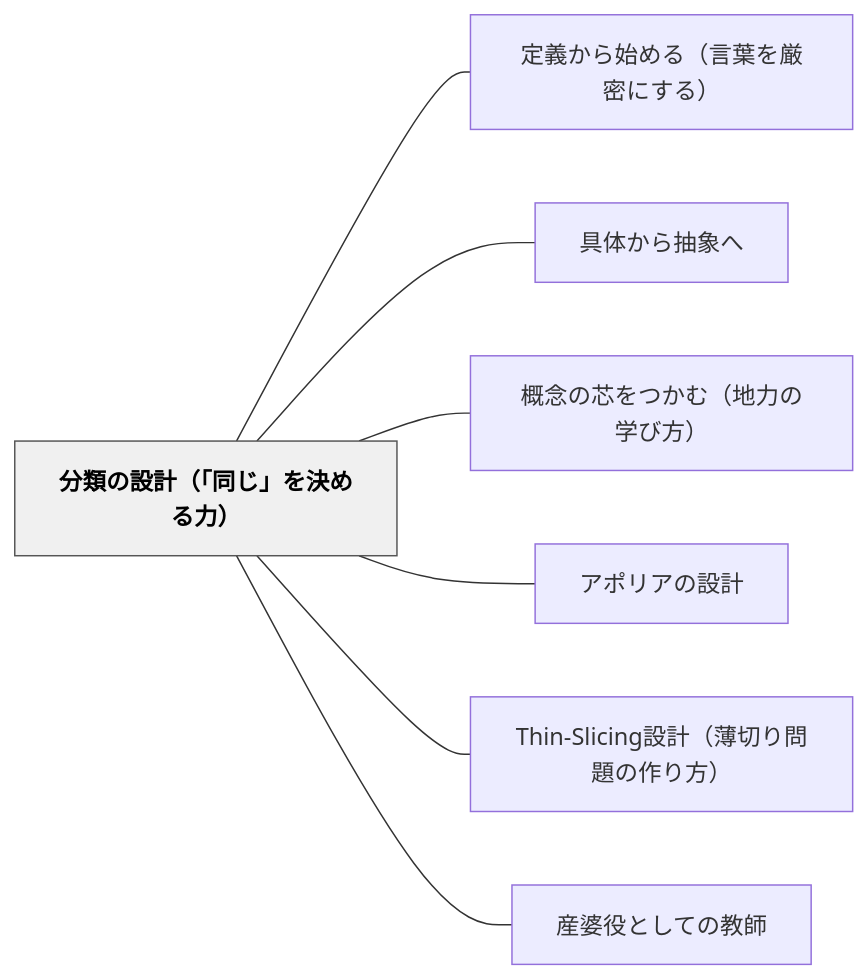
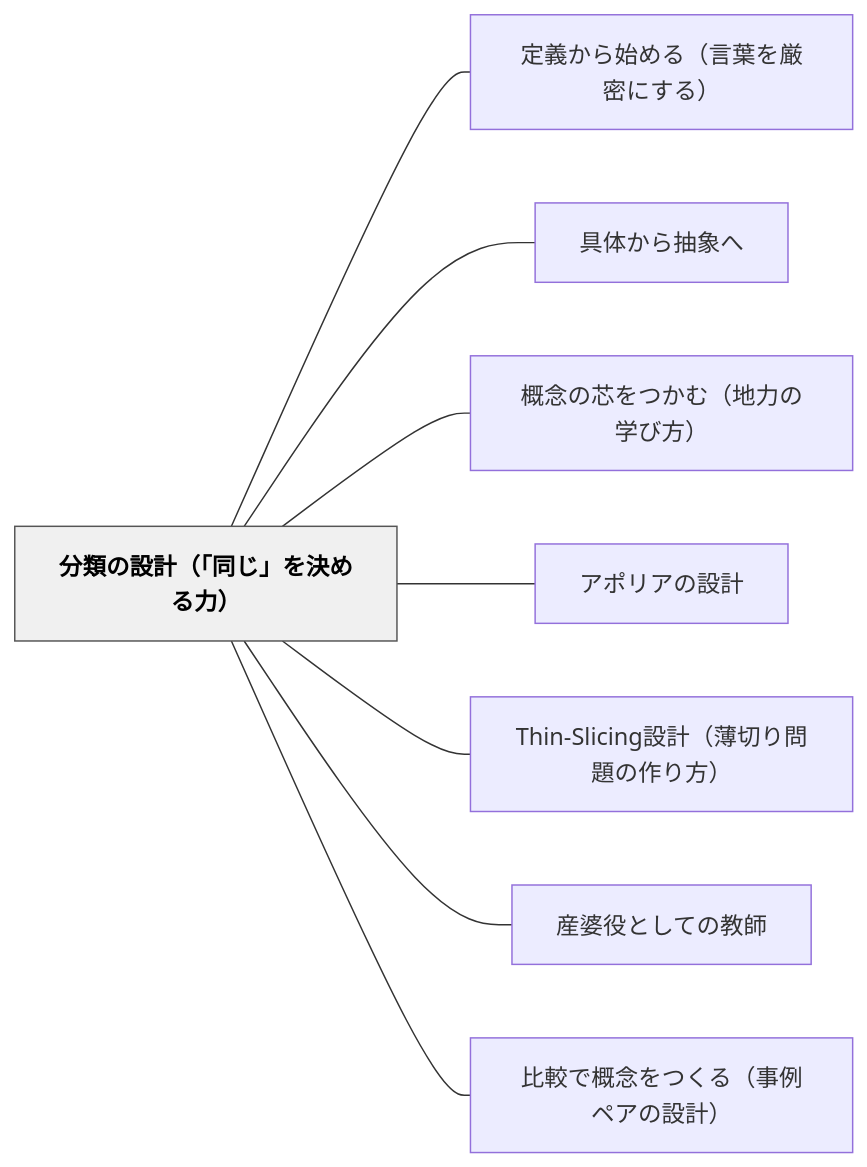
One commit to unknownthings-ed-patterns/unknownthings-ed-patterns changed the diagram in content/パタン/分類の設計（「同じ」を決める力）.md. Above: the diagram before and after it, drawn with Mermaid. The commit also changed other lines of this file and 1 other file, not shown here.

Commit message:
auto: Obsidianから同期 2026-06-13 03:11

````diff
--- a/content/パタン/分類の設計（「同じ」を決める力）.md
+++ b/content/パタン/分類の設計（「同じ」を決める力）.md
@@ -132,20 +133,22 @@
 ```mermaid
 flowchart LR
     ne58886e9a19ee381aee8a8ade8a888efbc88e3808ce5908ce38198e3808de38292e6b1bae38281e3828be58a9befbc89["分類の設計（「同じ」を決める力）"]
     ne5ae9ae7bea9e3818be38289e5a78be38281e3828befbc88e8a880e89189e38292e58eb3e5af86e381abe38199e3828befbc89["定義から始める（言葉を厳密にする）"]
     ne585b7e4bd93e3818be38289e68abde8b1a1e381b8["具体から抽象へ"]
     ne6a682e5bfb5e381aee88aafe38292e381a4e3818be38280efbc88e59cb0e58a9be381aee5ada6e381b3e696b9efbc89["概念の芯をつかむ（地力の学び方）"]
     ne382a2e3839de383aae382a2e381aee8a8ade8a888["アポリアの設計"]
     n5468696e2d536c6963696e67e8a8ade8a888efbc88e89684e58887e3828ae5958fe9a18ce381aee4bd9ce3828ae696b9efbc89["Thin-Slicing設計（薄切り問題の作り方）"]
     ne794a3e5a986e5bdb9e381a8e38197e381a6e381aee69599e5b8ab["産婆役としての教師"]
+    ne6af94e8bc83e381a7e6a682e5bfb5e38292e381a4e3818fe3828befbc88e4ba8be4be8be3839ae382a2e381aee8a8ade8a888efbc89["比較で概念をつくる（事例ペアの設計）"]
 
     ne58886e9a19ee381aee8a8ade8a888efbc88e3808ce5908ce38198e3808de38292e6b1bae38281e3828be58a9befbc89 --- ne5ae9ae7bea9e3818be38289e5a78be38281e3828befbc88e8a880e89189e38292e58eb3e5af86e381abe38199e3828befbc89
     ne58886e9a19ee381aee8a8ade8a888efbc88e3808ce5908ce38198e3808de38292e6b1bae38281e3828be58a9befbc89 --- ne585b7e4bd93e3818be38289e68abde8b1a1e381b8
     ne58886e9a19ee381aee8a8ade8a888efbc88e3808ce5908ce38198e3808de38292e6b1bae38281e3828be58a9befbc89 --- ne6a682e5bfb5e381aee88aafe38292e381a4e3818be38280efbc88e59cb0e58a9be381aee5ada6e381b3e696b9efbc89
     ne58886e9a19ee381aee8a8ade8a888efbc88e3808ce5908ce38198e3808de38292e6b1bae38281e3828be58a9befbc89 --- ne382a2e3839de383aae382a2e381aee8a8ade8a888
     ne58886e9a19ee381aee8a8ade8a888efbc88e3808ce5908ce38198e3808de38292e6b1bae38281e3828be58a9befbc89 --- n5468696e2d536c6963696e67e8a8ade8a888efbc88e89684e58887e3828ae5958fe9a18ce381aee4bd9ce3828ae696b9efbc89
     ne58886e9a19ee381aee8a8ade8a888efbc88e3808ce5908ce38198e3808de38292e6b1bae38281e3828be58a9befbc89 --- ne794a3e5a986e5bdb9e381a8e38197e381a6e381aee69599e5b8ab
+    ne58886e9a19ee381aee8a8ade8a888efbc88e3808ce5908ce38198e3808de38292e6b1bae38281e3828be58a9befbc89 --- ne6af94e8bc83e381a7e6a682e5bfb5e38292e381a4e3818fe3828befbc88e4ba8be4be8be3839ae382a2e381aee8a8ade8a888efbc89
 
     classDef hub fill:#f0f0f0,stroke:#555,color:#000,font-weight:bold
     class ne58886e9a19ee381aee8a8ade8a888efbc88e3808ce5908ce38198e3808de38292e6b1bae38281e3828be58a9befbc89 hub
 ```
````
